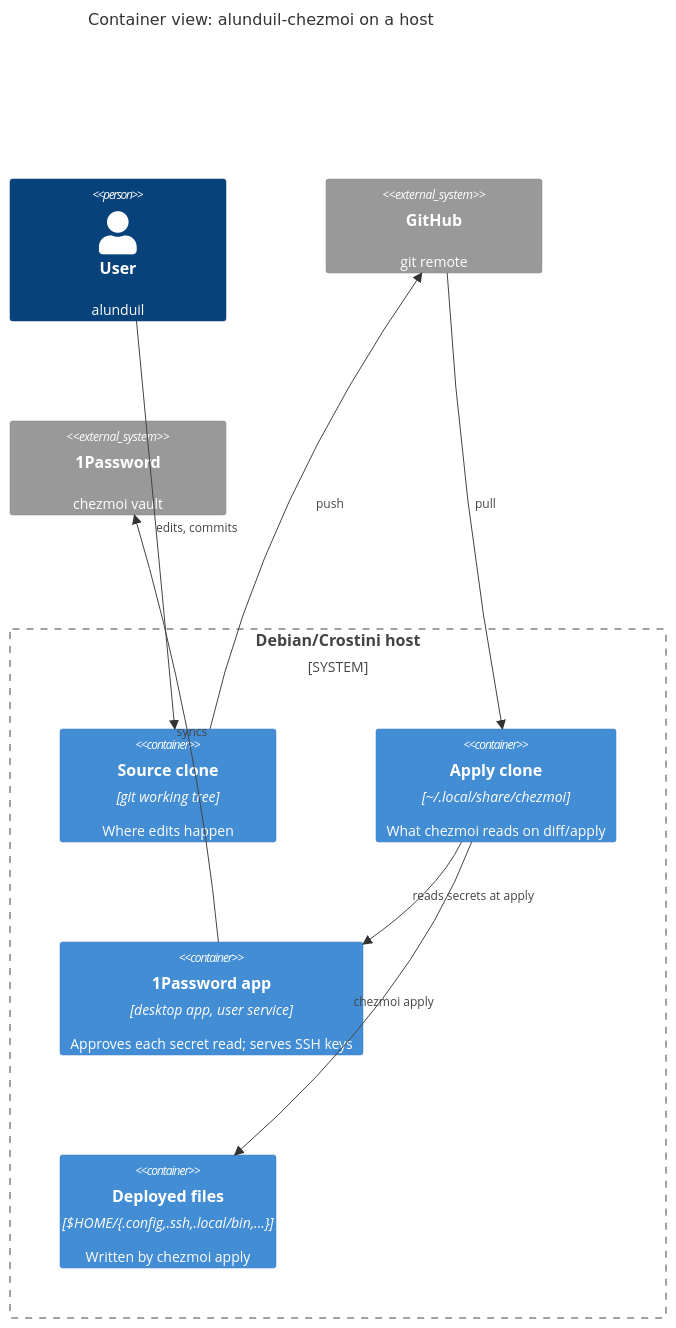
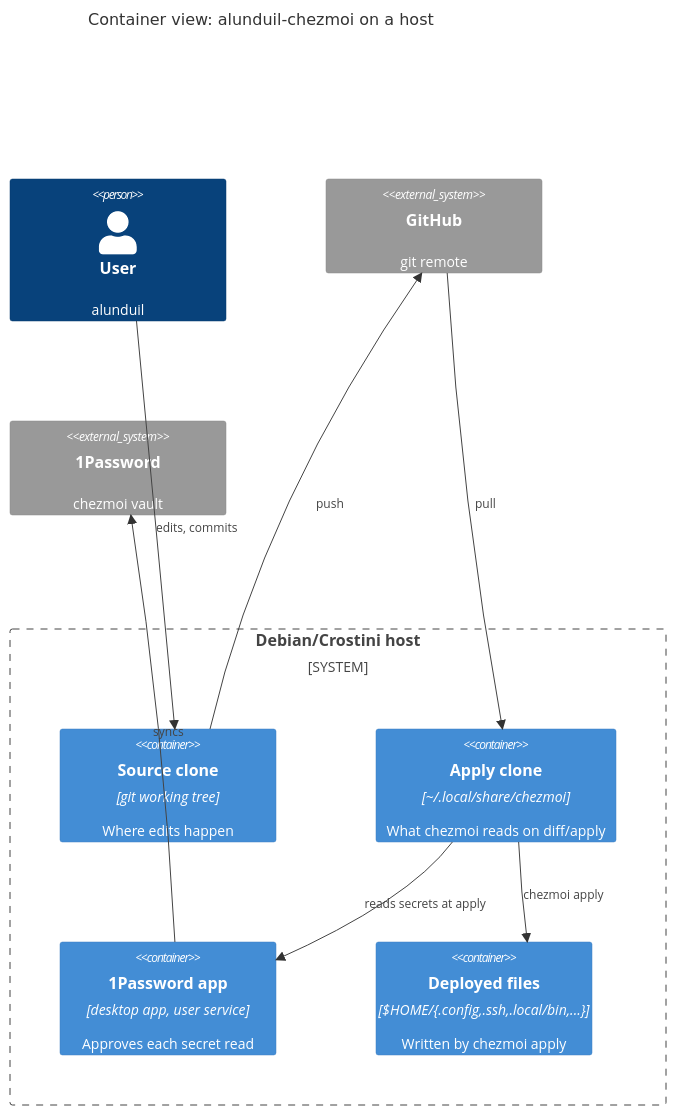
One commit to alunduil/alunduil-chezmoi changed the diagram in docs/explanation/architecture.md. Above: the diagram before and after it, drawn with Mermaid. The commit also changed other lines of this file and 16 other files, not shown here.

````diff
--- a/docs/explanation/architecture.md
+++ b/docs/explanation/architecture.md
@@ -9,22 +9,22 @@
 ```mermaid
 C4Container
     title Container view: alunduil-chezmoi on a host
 
     Person(user, "User", "alunduil")
     System_Ext(github, "GitHub", "git remote")
     System_Ext(vault, "1Password", "chezmoi vault")
 
     System_Boundary(host, "Debian/Crostini host") {
         Container(source, "Source clone", "git working tree", "Where edits happen")
         Container(apply, "Apply clone", "~/.local/share/chezmoi", "What chezmoi reads on diff/apply")
-        Container(app, "1Password app", "desktop app, user service", "Approves each secret read; serves SSH keys")
+        Container(app, "1Password app", "desktop app, user service", "Approves each secret read")
         Container(home, "Deployed files", "$HOME/{.config,.ssh,.local/bin,...}", "Written by chezmoi apply")
     }
 
     Rel(user, source, "edits, commits")
     Rel(source, github, "push")
     Rel(github, apply, "pull")
     Rel(apply, home, "chezmoi apply")
     Rel(apply, app, "reads secrets at apply")
     Rel(app, vault, "syncs")
 ```
````
